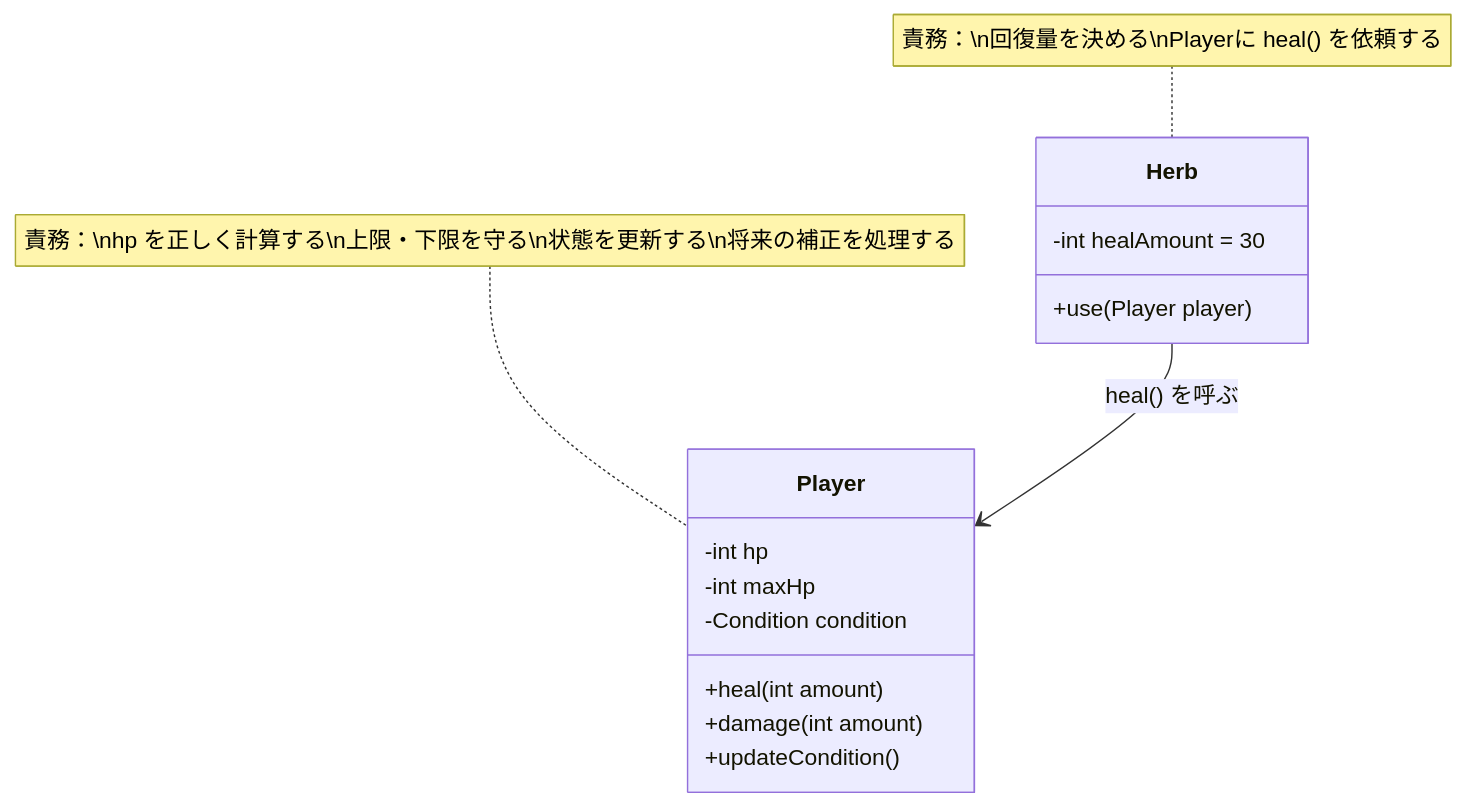
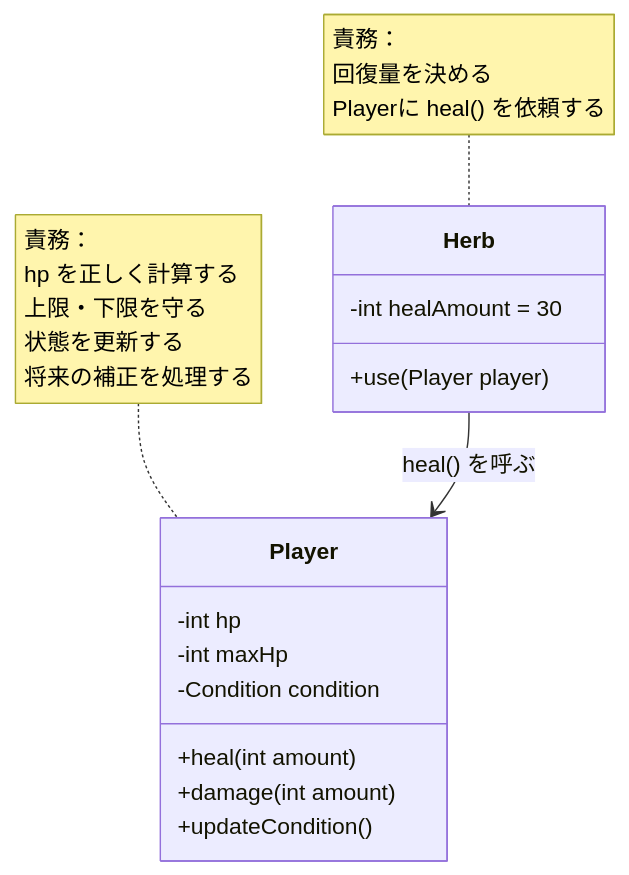
One commit to fuddt/Cplus changed the eighth of 9 diagrams in chapter-02-design.md. Above: the diagram before and after it, drawn with Mermaid. The commit also changed other lines of this file and 15 other files, not shown here.

````diff
--- a/chapter-02-design.md
+++ b/chapter-02-design.md
@@ -244,21 +244,21 @@
 ```mermaid
 classDiagram
     class Herb {
         -int healAmount = 30
         +use(Player player)
     }
 
     class Player {
         -int hp
         -int maxHp
         -Condition condition
         +heal(int amount)
         +damage(int amount)
         +updateCondition()
     }
 
-    note for Herb "責務：\n回復量を決める\nPlayerに heal() を依頼する"
-    note for Player "責務：\nhp を正しく計算する\n上限・下限を守る\n状態を更新する\n将来の補正を処理する"
+    note for Herb "責務：<br/>回復量を決める<br/>Playerに heal() を依頼する"
+    note for Player "責務：<br/>hp を正しく計算する<br/>上限・下限を守る<br/>状態を更新する<br/>将来の補正を処理する"
 
     Herb --> Player : heal() を呼ぶ
 ```
````
